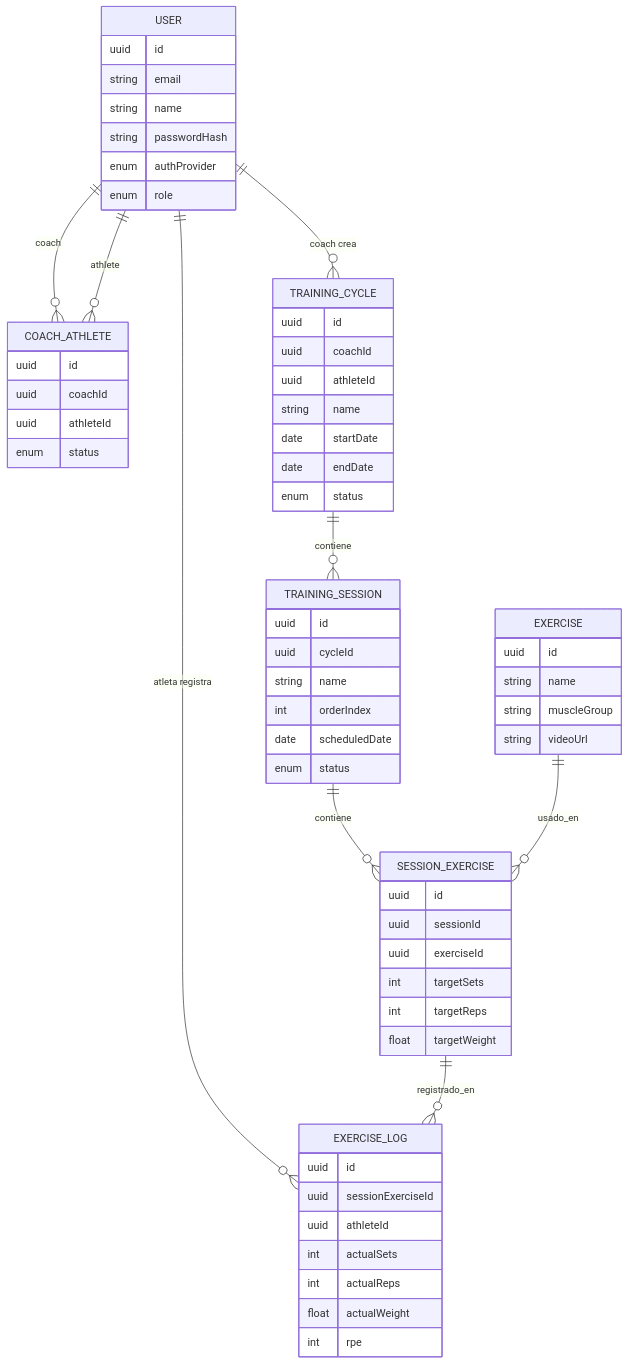
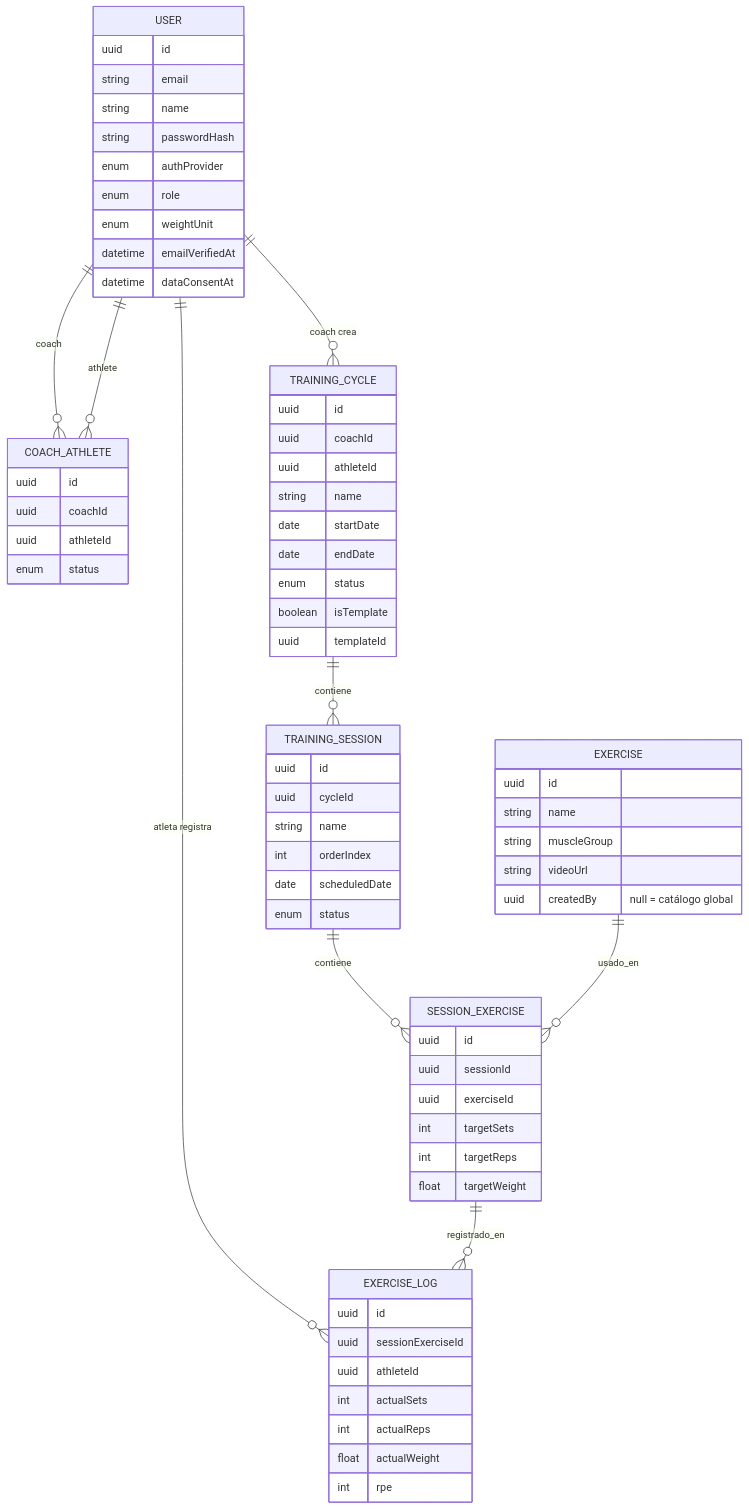
The diagram in docs/prds/PRD-General.md (mariapazGomez/cycles), drawn with Mermaid before and after one commit. The commit also changed other lines of this file and 9 other files, not shown here.

````diff
--- a/docs/prds/PRD-General.md
+++ b/docs/prds/PRD-General.md
@@ -69,66 +78,72 @@
 ```mermaid
 erDiagram
     USER ||--o{ COACH_ATHLETE : "coach"
     USER ||--o{ COACH_ATHLETE : "athlete"
     USER ||--o{ TRAINING_CYCLE : "coach crea"
     USER ||--o{ EXERCISE_LOG : "atleta registra"
     TRAINING_CYCLE ||--o{ TRAINING_SESSION : contiene
     TRAINING_SESSION ||--o{ SESSION_EXERCISE : contiene
     EXERCISE ||--o{ SESSION_EXERCISE : usado_en
     SESSION_EXERCISE ||--o{ EXERCISE_LOG : registrado_en
 
     USER {
         uuid id
         string email
         string name
         string passwordHash
         enum authProvider
         enum role
+        enum weightUnit
+        datetime emailVerifiedAt
+        datetime dataConsentAt
     }
     COACH_ATHLETE {
         uuid id
         uuid coachId
         uuid athleteId
         enum status
     }
     TRAINING_CYCLE {
         uuid id
         uuid coachId
         uuid athleteId
         string name
         date startDate
         date endDate
         enum status
+        boolean isTemplate
+        uuid templateId
     }
     TRAINING_SESSION {
         uuid id
         uuid cycleId
         string name
         int orderIndex
         date scheduledDate
         enum status
     }
     EXERCISE {
         uuid id
         string name
         string muscleGroup
         string videoUrl
+        uuid createdBy "null = catálogo global"
     }
     SESSION_EXERCISE {
         uuid id
         uuid sessionId
         uuid exerciseId
         int targetSets
         int targetReps
         float targetWeight
     }
     EXERCISE_LOG {
         uuid id
         uuid sessionExerciseId
         uuid athleteId
         int actualSets
         int actualReps
         float actualWeight
         int rpe
     }
 ```
````
